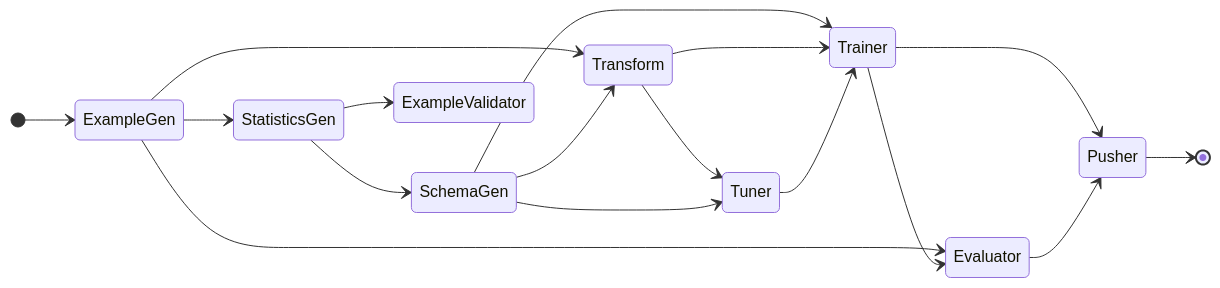
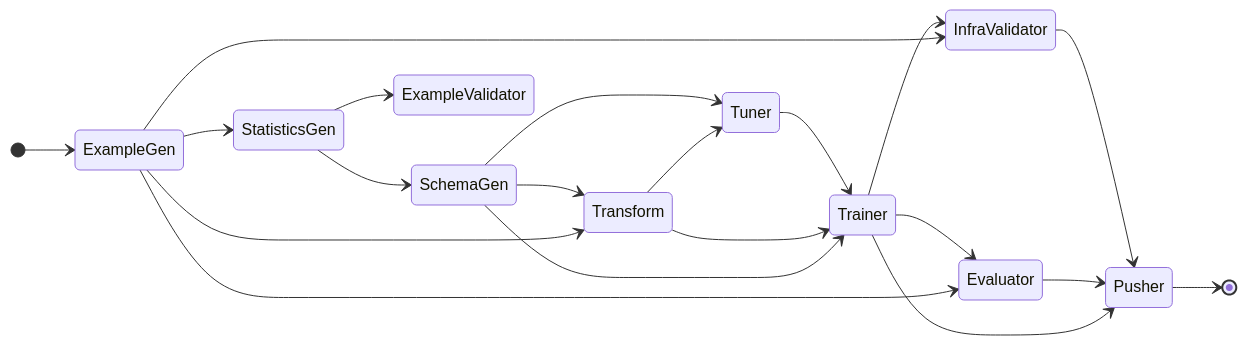
The diagram in README.md (JanetVictorious/tfx-pipeline), drawn with Mermaid before and after one commit. The commit also changed other lines of this file, not shown here.

````diff
--- a/README.md
+++ b/README.md
@@ -28,20 +28,23 @@
 ```mermaid
 stateDiagram-v2
     direction LR
     [*] --> ExampleGen
     ExampleGen --> StatisticsGen
     StatisticsGen --> SchemaGen
     StatisticsGen --> ExampleValidator
     ExampleGen --> Transform
     SchemaGen --> Transform
     Transform --> Tuner
     SchemaGen --> Tuner
     SchemaGen --> Trainer
     Transform --> Trainer
     Tuner --> Trainer
     ExampleGen --> Evaluator
     Trainer --> Evaluator
+    ExampleGen --> InfraValidator
+    Trainer --> InfraValidator
     Trainer --> Pusher
     Evaluator --> Pusher
+    InfraValidator --> Pusher
     Pusher --> [*]
 ```
````
